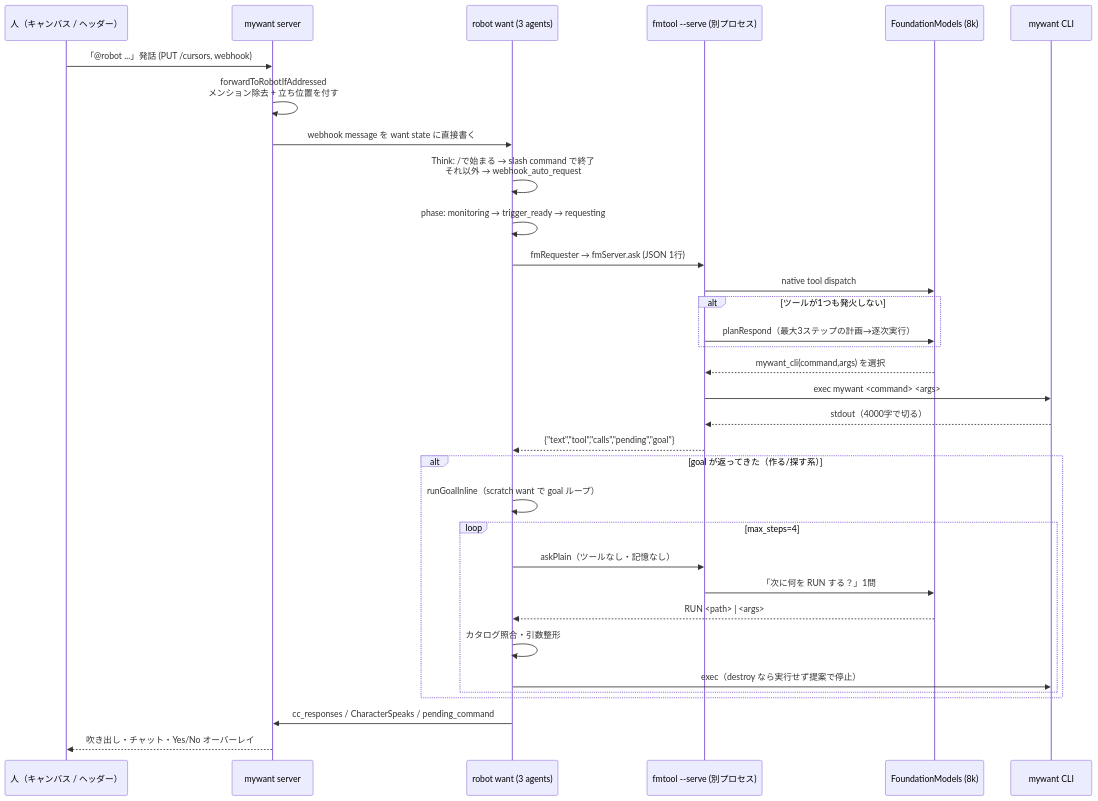
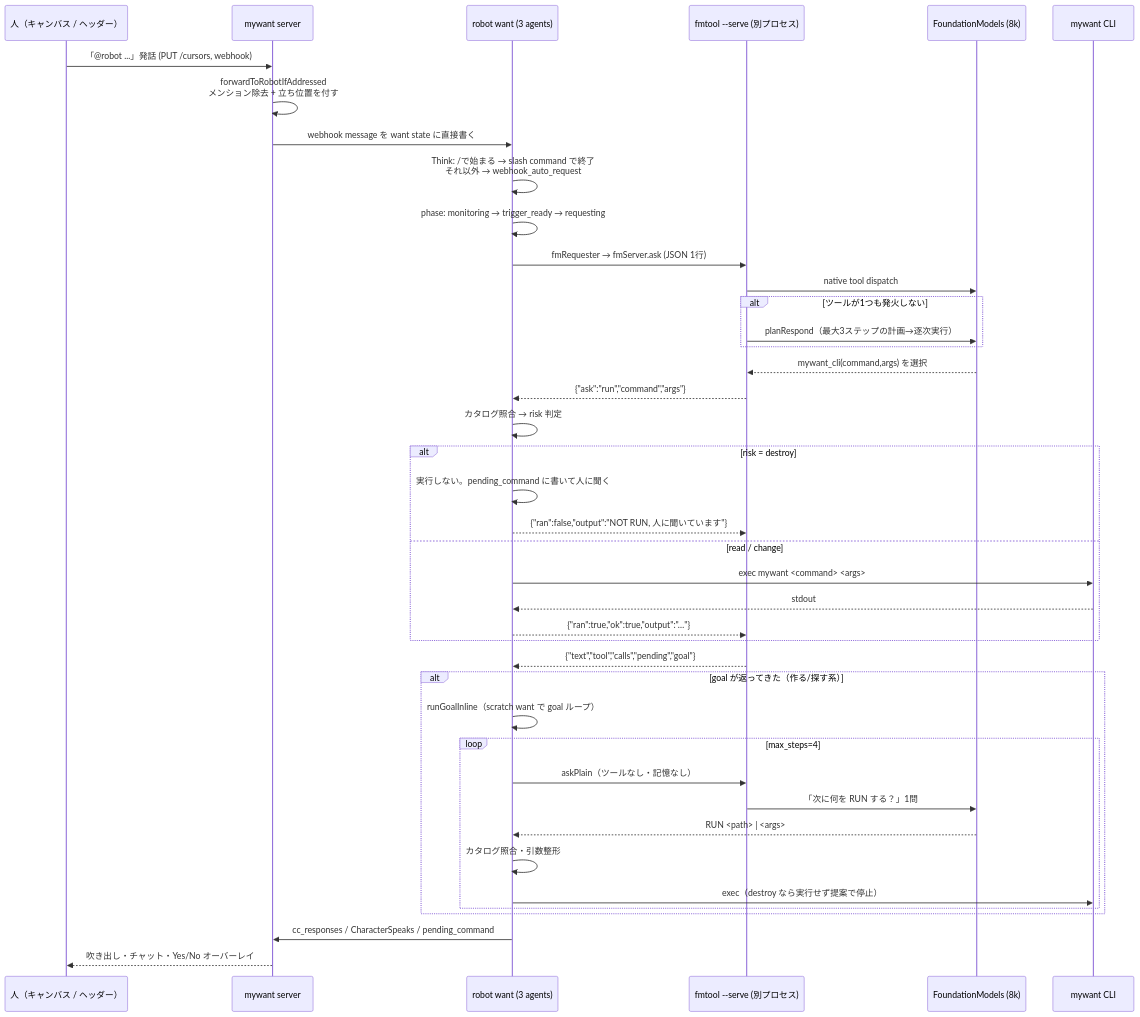
The first of 2 diagrams in docs/robot-request-pipeline.md (onelittlenightmusic/MyWant), drawn with Mermaid before and after one commit. The commit also changed other lines of this file and 13 other files, not shown here.

````diff
--- a/docs/robot-request-pipeline.md
+++ b/docs/robot-request-pipeline.md
@@ -29,36 +31,44 @@
 ```mermaid
 sequenceDiagram
     participant P as 人（キャンバス / ヘッダー）
     participant S as mywant server
     participant R as robot want (3 agents)
     participant F as fmtool --serve (別プロセス)
     participant M as FoundationModels (8k)
     participant C as mywant CLI
 
     P->>S: 「@robot ...」発話 (PUT /cursors, webhook)
     S->>S: forwardToRobotIfAddressed<br/>メンション除去 + 立ち位置を付す
     S->>R: webhook message を want state に直接書く
     R->>R: Think: /で始まる → slash command で終了<br/>それ以外 → webhook_auto_request
     R->>R: phase: monitoring → trigger_ready → requesting
     R->>F: fmRequester → fmServer.ask (JSON 1行)
     F->>M: native tool dispatch
     alt ツールが1つも発火しない
         F->>M: planRespond（最大3ステップの計画→逐次実行）
     end
     M-->>F: mywant_cli(command,args) を選択
-    F->>C: exec mywant <command> <args>
-    C-->>F: stdout（4000字で切る）
+    F-->>R: {"ask":"run","command","args"}
+    R->>R: カタログ照合 → risk 判定
+    alt risk = destroy
+        R->>R: 実行しない。pending_command に書いて人に聞く
+        R-->>F: {"ran":false,"output":"NOT RUN, 人に聞いています"}
+    else read / change
+        R->>C: exec mywant <command> <args>
+        C-->>R: stdout
+        R-->>F: {"ran":true,"ok":true,"output":"…"}
+    end
     F-->>R: {"text","tool","calls","pending","goal"}
     alt goal が返ってきた（作る/探す系）
         R->>R: runGoalInline（scratch want で goal ループ）
         loop max_steps=4
             R->>F: askPlain（ツールなし・記憶なし）
             F->>M: 「次に何を RUN する？」1問
             M-->>R: RUN <path> | <args>
             R->>R: カタログ照合・引数整形
             R->>C: exec（destroy なら実行せず提案で停止）
         end
     end
     R->>S: cc_responses / CharacterSpeaks / pending_command
     S-->>P: 吹き出し・チャット・Yes/No オーバーレイ
 ```
````
